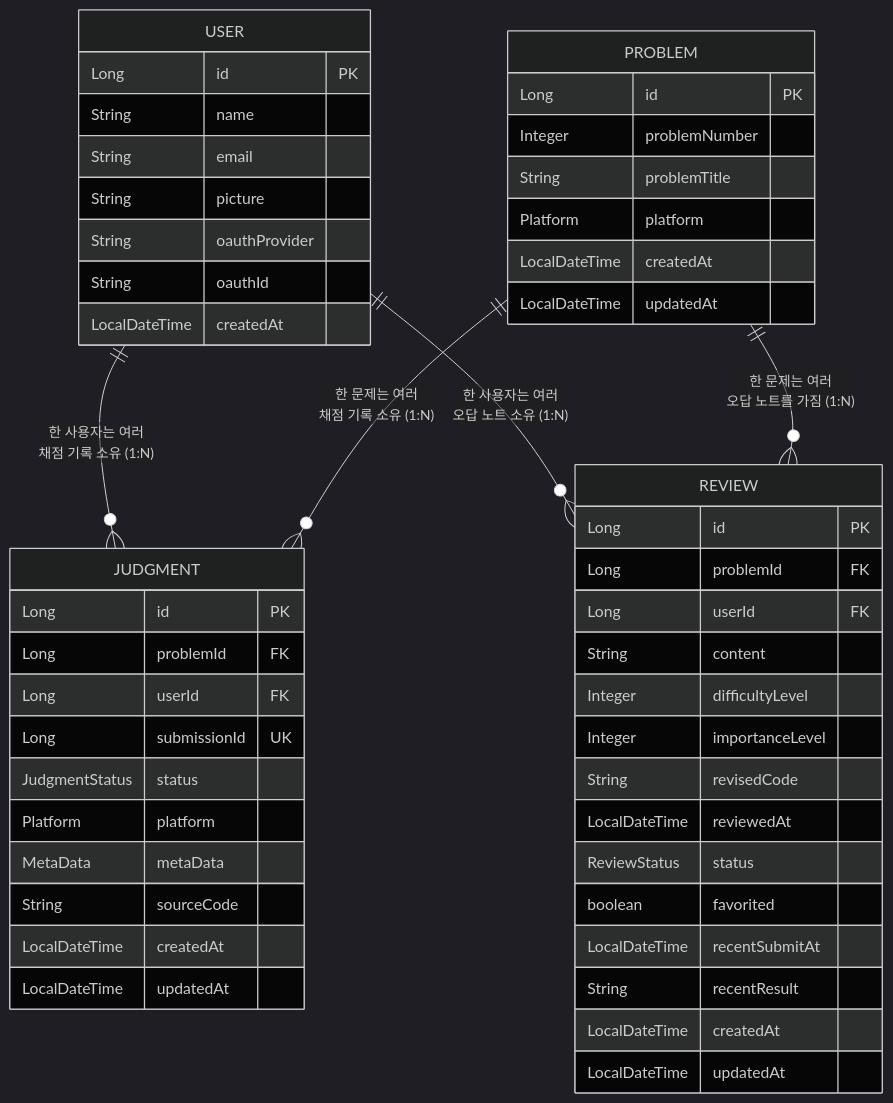
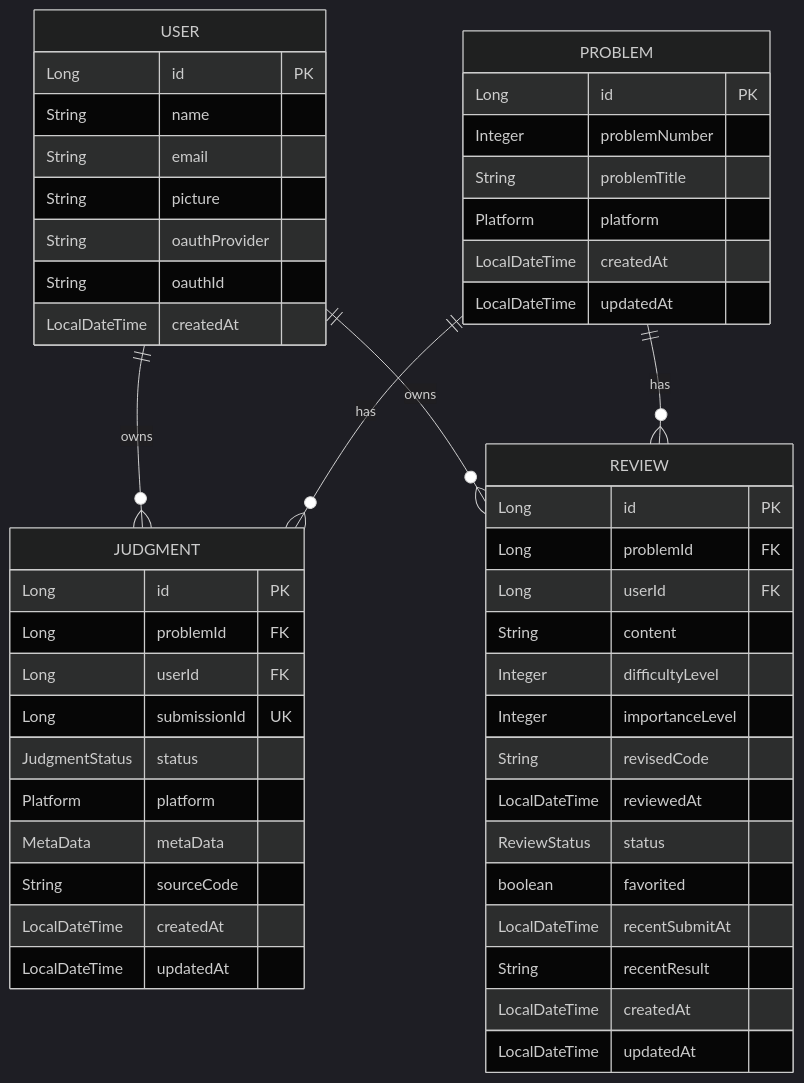
The second of 2 diagrams in README.md (zzoe2346/MyCodingTest_BACKEND), drawn with Mermaid (dark theme) before and after one commit. The commit also changed other lines of this file, not shown here.

````diff
--- a/README.md
+++ b/README.md
@@ -85,56 +175,56 @@
 ```mermaid
 erDiagram
     USER {
         Long id PK
         String name
         String email
         String picture
         String oauthProvider
         String oauthId
         LocalDateTime createdAt
     }
 
     PROBLEM {
         Long id PK
         Integer problemNumber
         String problemTitle
         Platform platform
         LocalDateTime createdAt
         LocalDateTime updatedAt
     }
 
     JUDGMENT {
         Long id PK
         Long problemId FK
         Long userId FK
         Long submissionId UK
         JudgmentStatus status
         Platform platform
         MetaData metaData
         String sourceCode
         LocalDateTime createdAt
         LocalDateTime updatedAt
     }
 
     REVIEW {
         Long id PK
         Long problemId FK
         Long userId FK
         String content
         Integer difficultyLevel
         Integer importanceLevel
         String revisedCode
         LocalDateTime reviewedAt
         ReviewStatus status
         boolean favorited
         LocalDateTime recentSubmitAt
         String recentResult
         LocalDateTime createdAt
         LocalDateTime updatedAt
     }
 
-    USER ||--o{ JUDGMENT : "한 사용자는 여러<br/>채점 기록 소유 (1:N)"
-    USER ||--o{ REVIEW : "한 사용자는 여러<br/>오답 노트 소유 (1:N)"
-    PROBLEM ||--o{ JUDGMENT : "한 문제는 여러<br/>채점 기록 소유 (1:N)"
-    PROBLEM ||--o{ REVIEW : "한 문제는 여러<br/>오답 노트를 가짐 (1:N)"
+    USER ||--o{ JUDGMENT : "owns"
+    USER ||--o{ REVIEW : "owns"
+    PROBLEM ||--o{ JUDGMENT : "has"
+    PROBLEM ||--o{ REVIEW : "has"
 ```
````
